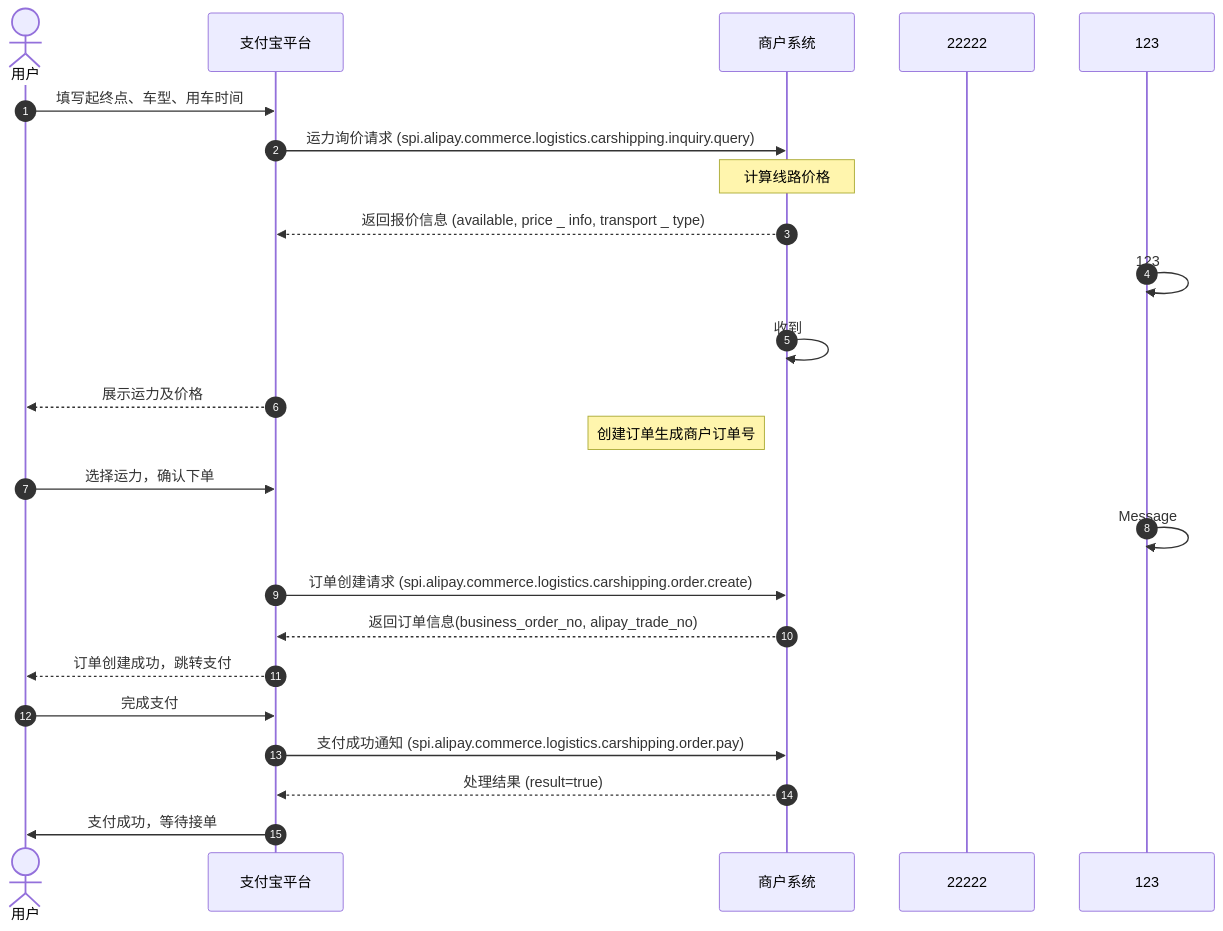
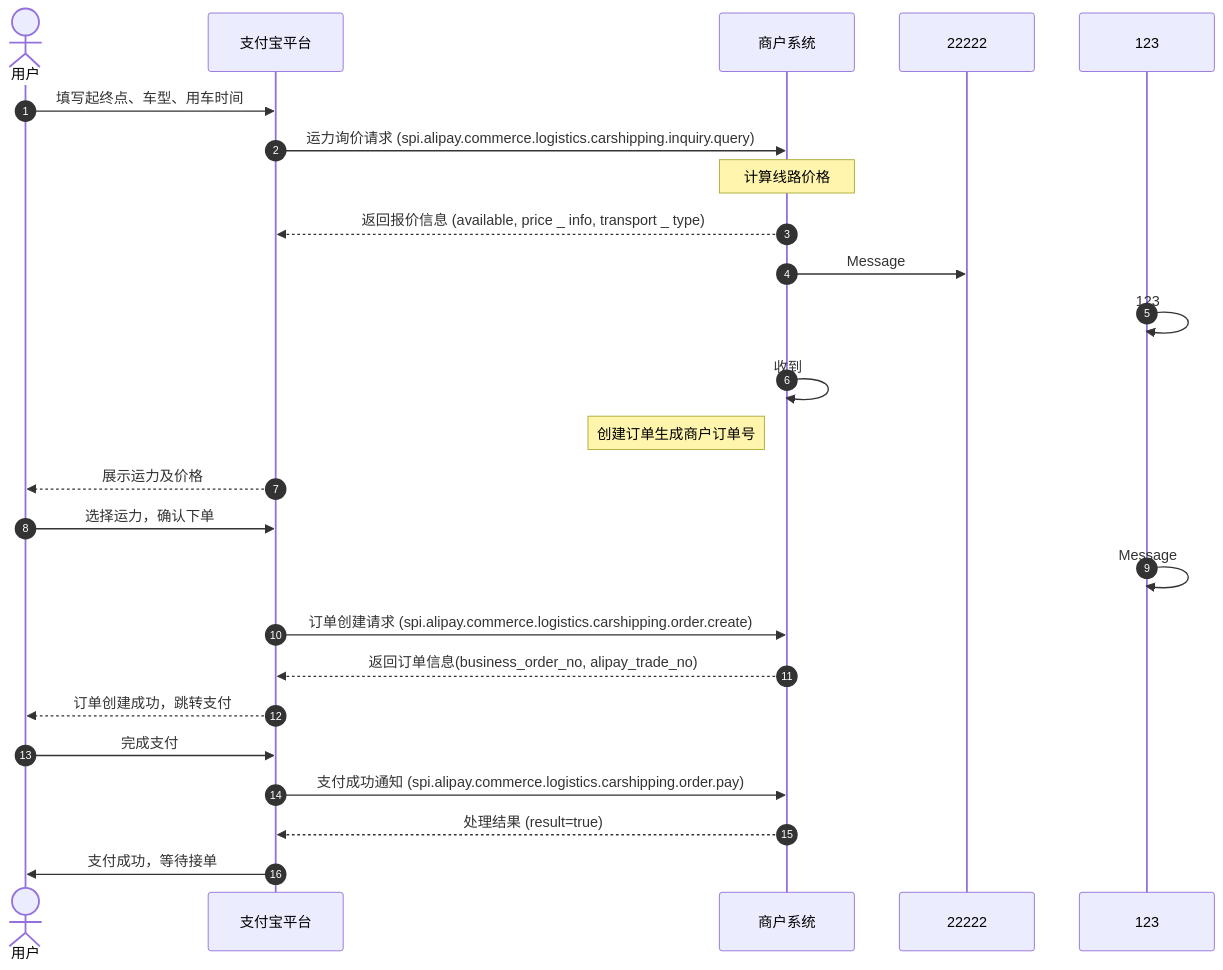
Before and after one commit to pingpm/mermaid_vault: the diagram in notes/test_dba1b258-be6a-414c-9967-aedbcccfa44f.md, drawn with Mermaid. The commit also changed 2 other files, not shown here.

Commit message:
Sync Mermaid Studio data (8 diagrams)

````diff
--- a/notes/test_dba1b258-be6a-414c-9967-aedbcccfa44f.md
+++ b/notes/test_dba1b258-be6a-414c-9967-aedbcccfa44f.md
@@ -3,27 +3,28 @@
 ```mermaid
 sequenceDiagram
   autonumber
   actor p0 as 用户
   participant p1 as 支付宝平台
   participant p2 as 商户系统
   participant p3 as 22222
   participant p4 as 123
   p0->>p1: 填写起终点、⻋型、⽤⻋时间
   p1->>p2: 运⼒询价请求 (spi.alipay.commerce.logistics.carshipping.inquiry.query)
   Note over p2: 计算线路价格
   p2-->>p1: 返回报价信息 (available, price _ info, transport _ type)
+  p2->>p3: Message
   p4->>p4: 123
   p2->>p2: 收到
+  Note left of p2: 创建订单⽣成商户订单号
   p1-->>p0: 展示运⼒及价格
-  Note left of p2: 创建订单⽣成商户订单号
   p0->>p1: 选择运⼒，确认下单
   p4->>p4: Message
   p1->>p2: 订单创建请求 (spi.alipay.commerce.logistics.carshipping.order.create)
   p2-->>p1: 返回订单信息(business_order_no, alipay_trade_no)
   p1-->>p0: 订单创建成功，跳转⽀付
   p0->>p1: 完成⽀付
   p1->>p2: ⽀付成功通知 (spi.alipay.commerce.logistics.carshipping.order.pay)
   p2-->>p1: 处理结果 (result=true)
   p1->>p0: ⽀付成功，等待接单
 
 ```
````
